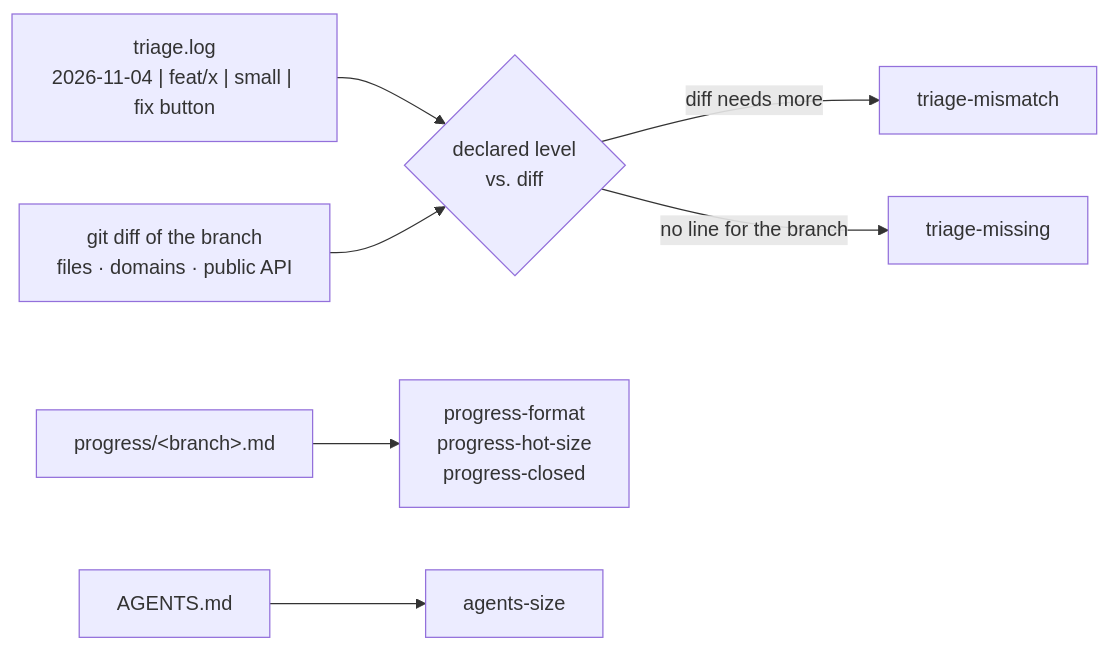
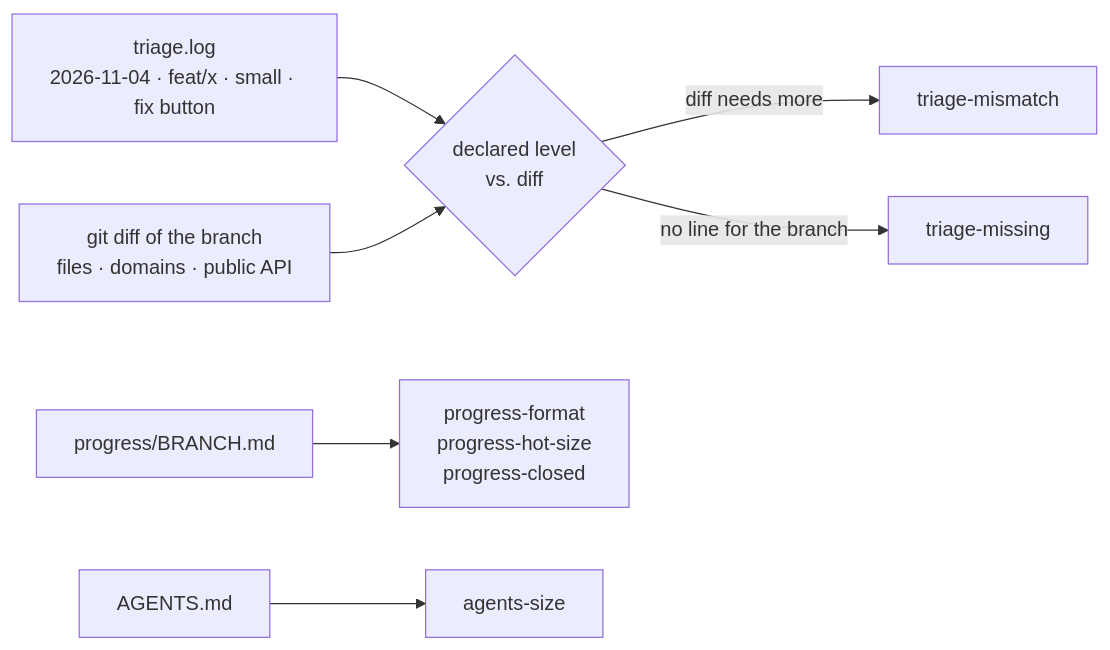
One commit to fredarcito/reins changed the ninth of 14 diagrams in README.md. Above: the diagram before and after it, drawn with Mermaid. The commit also changed other lines of this file and 17 other files, not shown here.

````diff
--- a/README.md
+++ b/README.md
@@ -326,9 +336,9 @@
 ```mermaid
 flowchart LR
-    log["triage.log<br/>2026-11-04 | feat/x | small | fix button"] --> cmp{"declared level<br/>vs. diff"}
+    log["triage.log<br/>2026-11-04 · feat/x · small · fix button"] --> cmp{"declared level<br/>vs. diff"}
     diff["git diff of the branch<br/>files · domains · public API"] --> cmp
     cmp -- "diff needs more" --> mismatch["triage-mismatch"]
     cmp -- "no line for the branch" --> missing["triage-missing"]
-    nb["progress/&lt;branch&gt;.md"] --> fmt["progress-format<br/>progress-hot-size<br/>progress-closed"]
+    nb["progress/BRANCH.md"] --> fmt["progress-format<br/>progress-hot-size<br/>progress-closed"]
     agents["AGENTS.md"] --> size["agents-size"]
 ```
````
